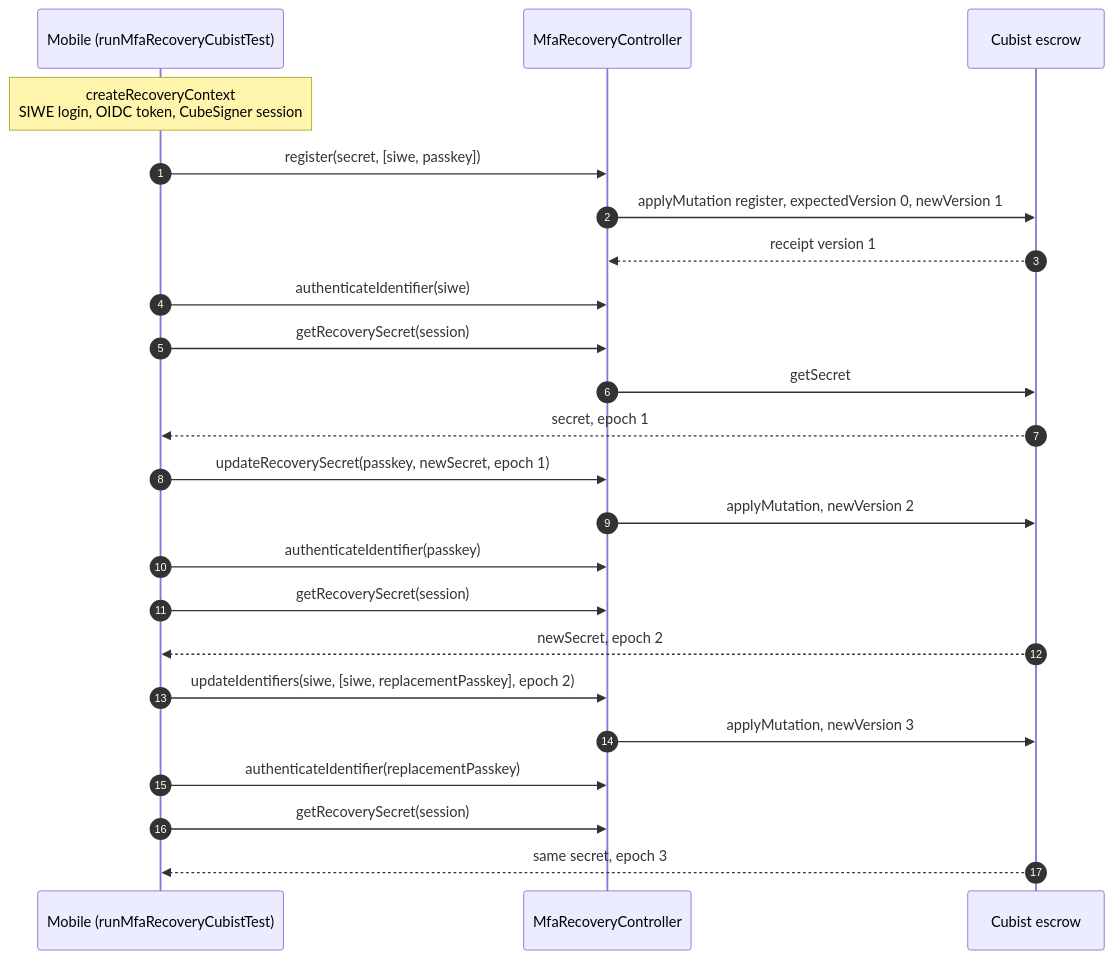
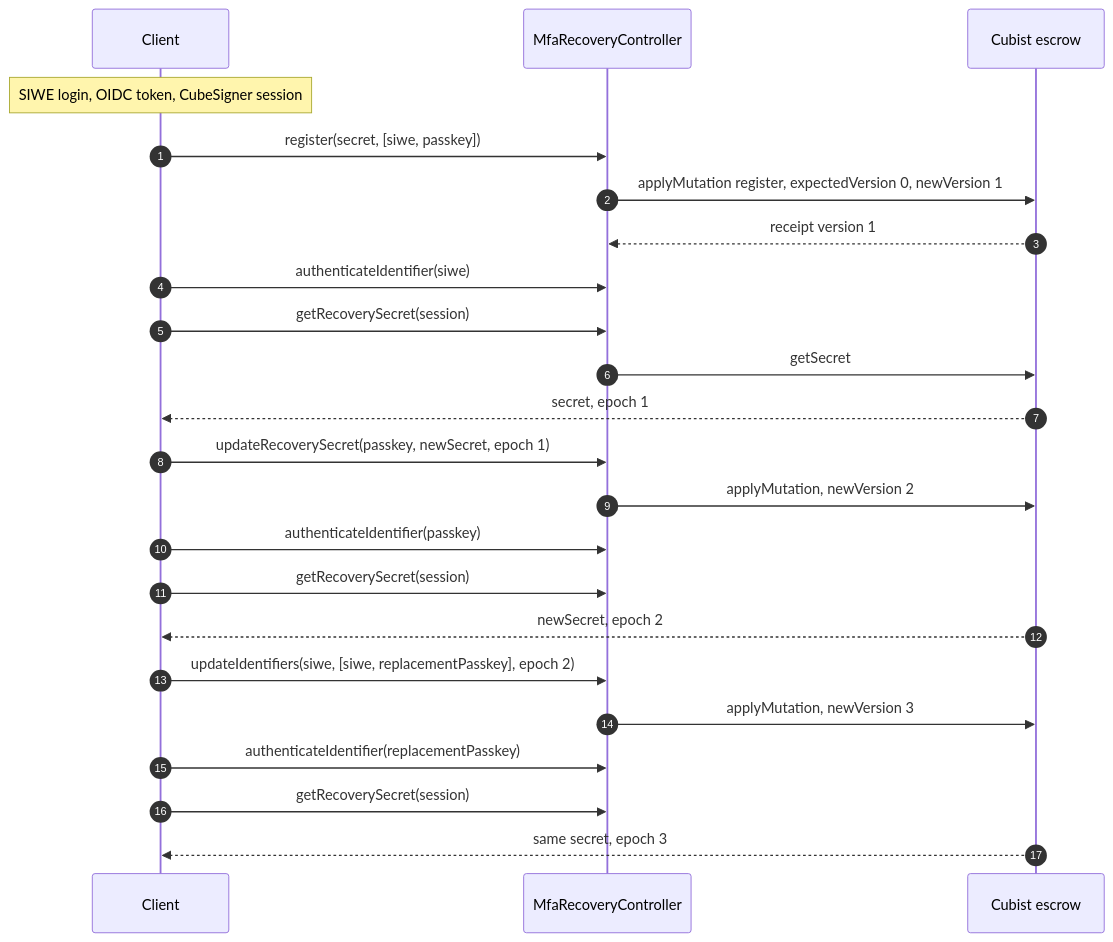
The first of 4 diagrams in packages/mfa-recovery-controller/CUBIST_TEST_SEQUENCE.md (MetaMask/core), drawn with Mermaid before and after one commit. The commit also changed other lines of this file, not shown here.

First line of the commit message:
docs(mfa-recovery-controller): refine CUBIST_TEST_SEQUENCE.md for clarity and consistency

````diff
--- a/packages/mfa-recovery-controller/CUBIST_TEST_SEQUENCE.md
+++ b/packages/mfa-recovery-controller/CUBIST_TEST_SEQUENCE.md
@@ -22,29 +20,29 @@
 ```mermaid
 sequenceDiagram
   autonumber
-  participant Mobile as Mobile (runMfaRecoveryCubistTest)
+  participant Client
   participant C as MfaRecoveryController
   participant Escrow as Cubist escrow
 
-  Note over Mobile: createRecoveryContext<br/>SIWE login, OIDC token, CubeSigner session
+  Note over Client: SIWE login, OIDC token, CubeSigner session
 
-  Mobile->>C: register(secret, [siwe, passkey])
+  Client->>C: register(secret, [siwe, passkey])
   C->>Escrow: applyMutation register, expectedVersion 0, newVersion 1
   Escrow-->>C: receipt version 1
-  Mobile->>C: authenticateIdentifier(siwe)
-  Mobile->>C: getRecoverySecret(session)
+  Client->>C: authenticateIdentifier(siwe)
+  Client->>C: getRecoverySecret(session)
   C->>Escrow: getSecret
-  Escrow-->>Mobile: secret, epoch 1
+  Escrow-->>Client: secret, epoch 1
 
-  Mobile->>C: updateRecoverySecret(passkey, newSecret, epoch 1)
+  Client->>C: updateRecoverySecret(passkey, newSecret, epoch 1)
   C->>Escrow: applyMutation, newVersion 2
-  Mobile->>C: authenticateIdentifier(passkey)
-  Mobile->>C: getRecoverySecret(session)
-  Escrow-->>Mobile: newSecret, epoch 2
+  Client->>C: authenticateIdentifier(passkey)
+  Client->>C: getRecoverySecret(session)
+  Escrow-->>Client: newSecret, epoch 2
 
-  Mobile->>C: updateIdentifiers(siwe, [siwe, replacementPasskey], epoch 2)
+  Client->>C: updateIdentifiers(siwe, [siwe, replacementPasskey], epoch 2)
   C->>Escrow: applyMutation, newVersion 3
-  Mobile->>C: authenticateIdentifier(replacementPasskey)
-  Mobile->>C: getRecoverySecret(session)
-  Escrow-->>Mobile: same secret, epoch 3
+  Client->>C: authenticateIdentifier(replacementPasskey)
+  Client->>C: getRecoverySecret(session)
+  Escrow-->>Client: same secret, epoch 3
 ```
````
